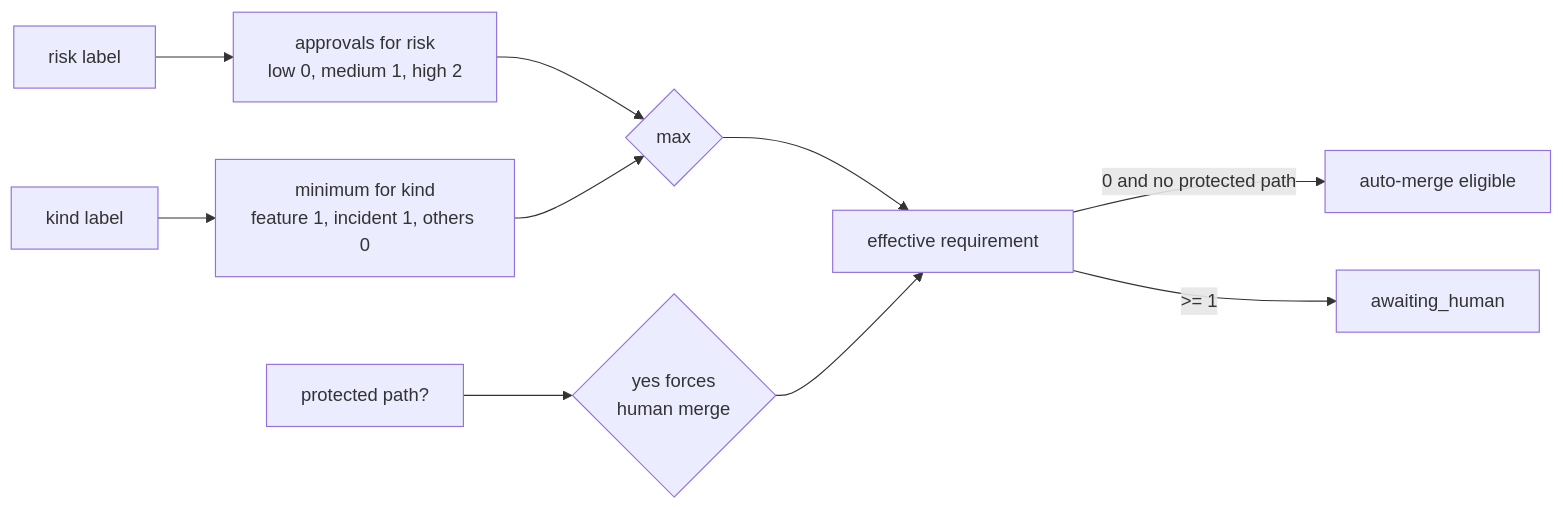
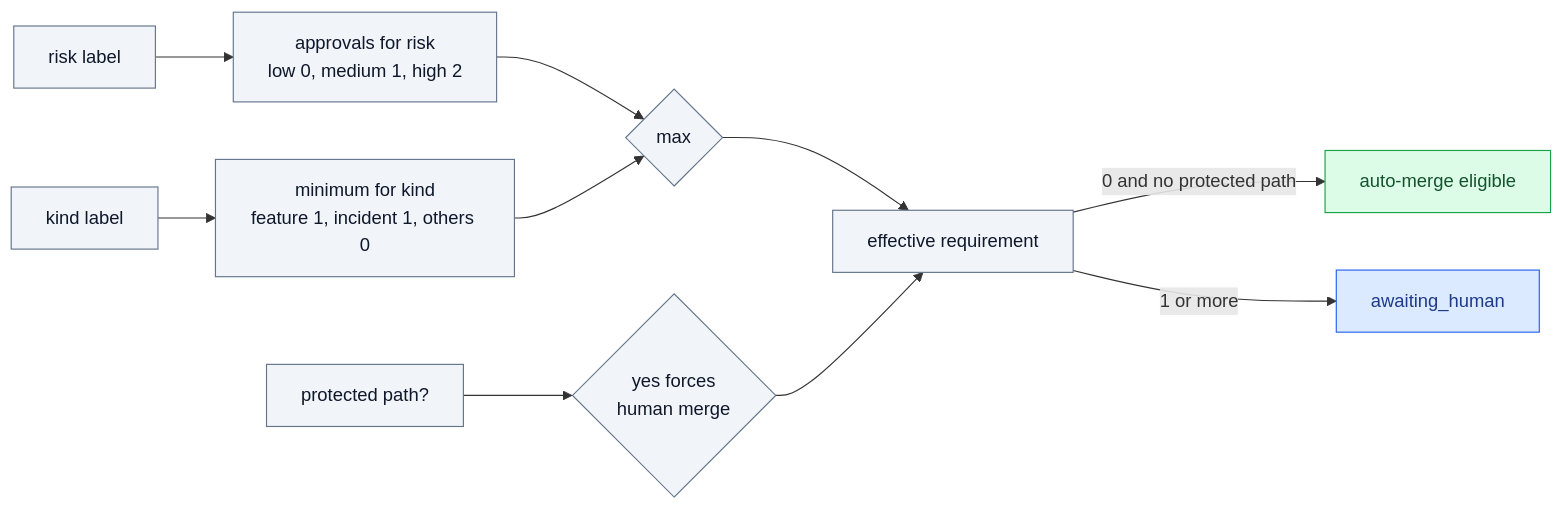
The diagram in docs/06-merge-policy/risk-times-kind.md (icelink-ai/software-factory-manifesto), drawn with Mermaid before and after one commit. The commit also changed other lines of this file and 73 other files, not shown here.

````diff
--- a/docs/06-merge-policy/risk-times-kind.md
+++ b/docs/06-merge-policy/risk-times-kind.md
@@ -36,12 +50,17 @@
 ```mermaid
 flowchart LR
-    R["risk label"] --> RA["approvals for risk<br/>low 0, medium 1, high 2"]
-    K["kind label"] --> KA["minimum for kind<br/>feature 1, incident 1, others 0"]
-    RA --> MX{"max"}
+    R["risk label"]:::script --> RA["approvals for risk<br/>low 0, medium 1, high 2"]:::script
+    K["kind label"]:::script --> KA["minimum for kind<br/>feature 1, incident 1, others 0"]:::script
+    RA --> MX{"max"}:::script
     KA --> MX
-    P["protected path?"] --> PP{"yes forces<br/>human merge"}
-    MX --> E["effective requirement"]
+    P["protected path?"]:::script --> PP{"yes forces<br/>human merge"}:::script
+    MX --> E["effective requirement"]:::script
     PP --> E
-    E -->|0 and no protected path| AUTO[auto-merge eligible]
-    E -->|">= 1"| HUM[awaiting_human]
+    E -->|"0 and no protected path"| AUTO["auto-merge eligible"]:::state
+    E -->|"1 or more"| HUM["awaiting_human"]:::person
+    classDef person fill:#dbeafe,stroke:#2563eb,color:#1e3a8a
+    classDef script fill:#f1f5f9,stroke:#64748b,color:#0f172a
+    classDef agent fill:#ede9fe,stroke:#7c3aed,color:#4c1d95
+    classDef state fill:#dcfce7,stroke:#16a34a,color:#14532d
+    classDef stop fill:#ffedd5,stroke:#ea580c,color:#7c2d12
 ```
````
